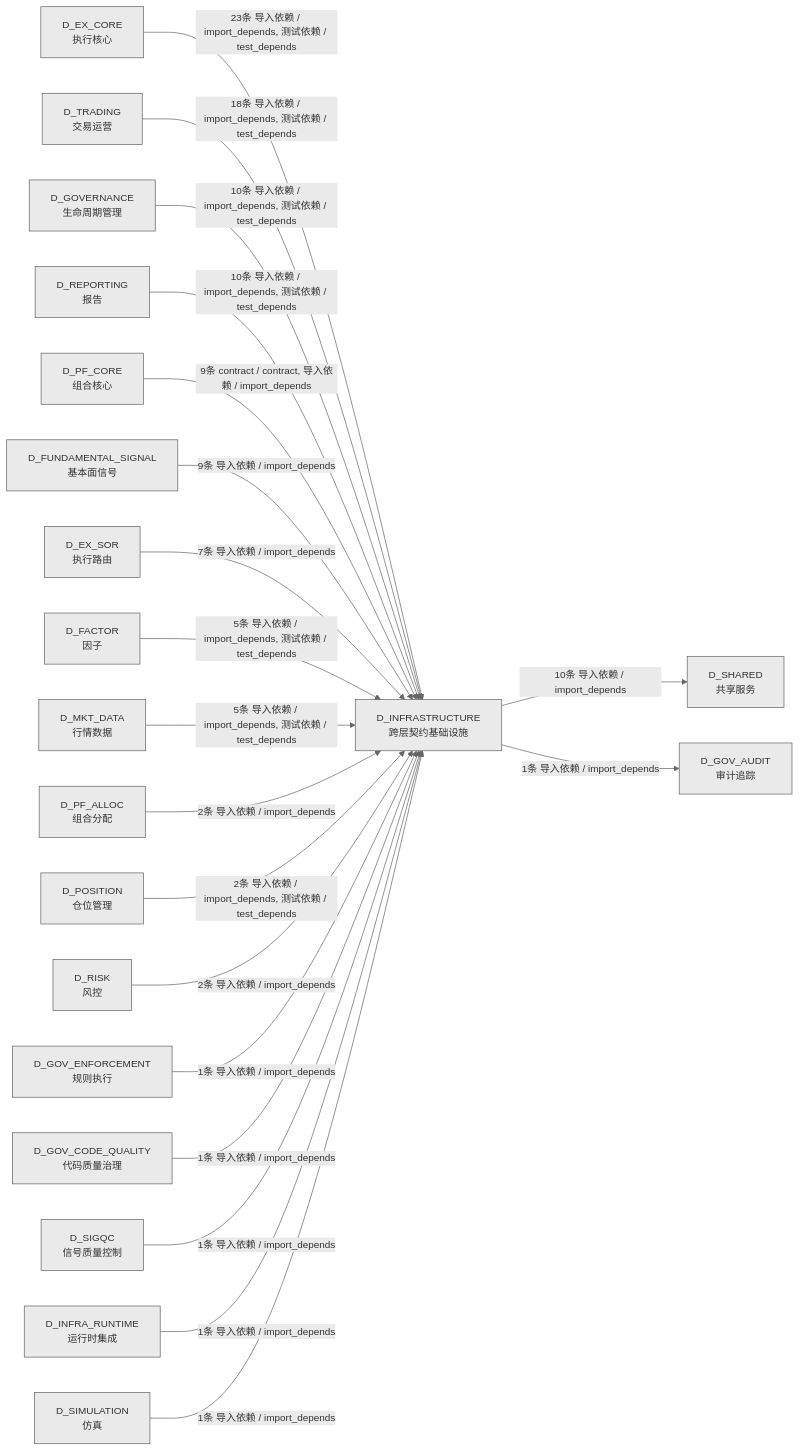
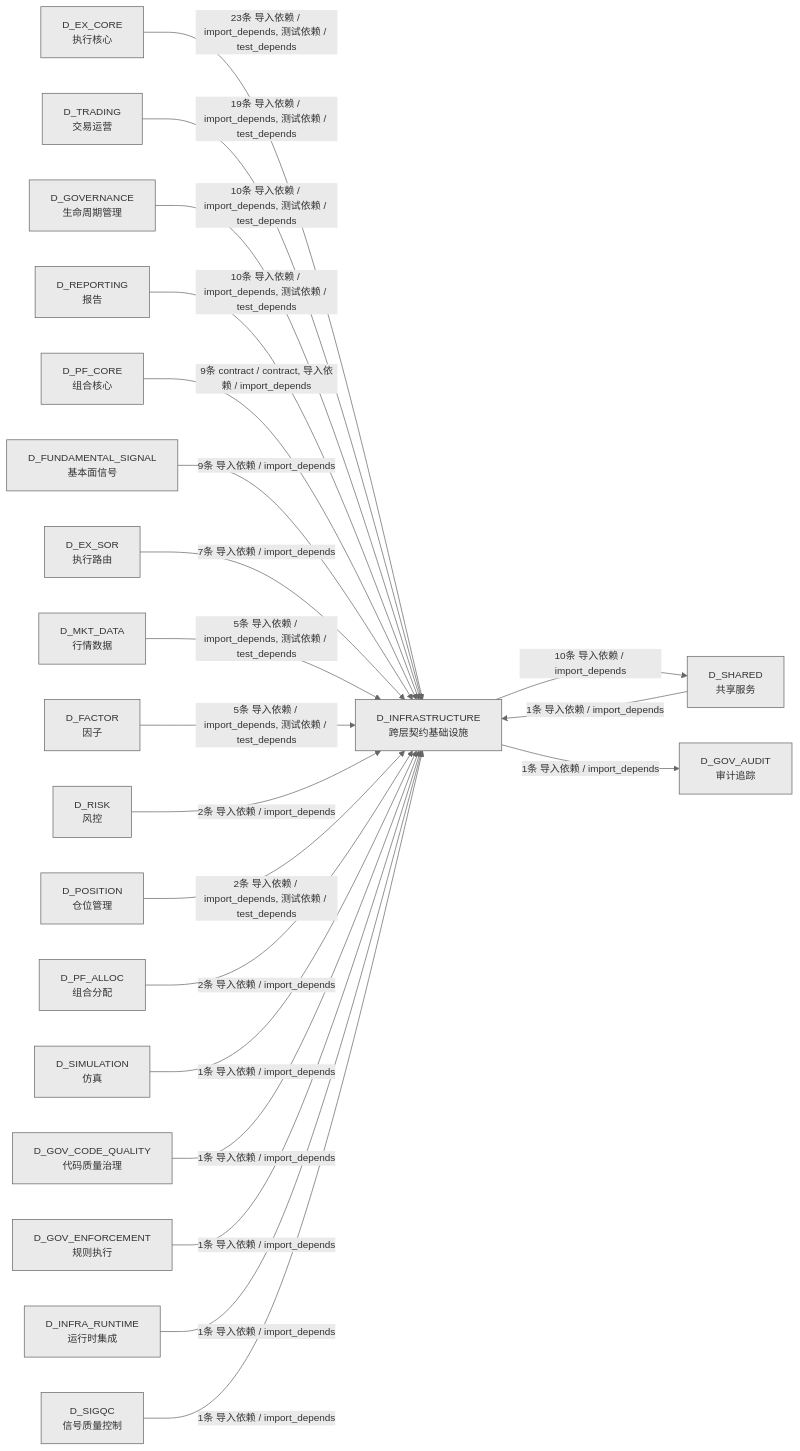
One commit to xuanFelixVan/ZephyrAlpha changed the third of 3 diagrams in docs/02_enterprise_architecture/02_domain_architecture_docs/02_d_infrastructure.md. Above: the diagram before and after it, drawn with Mermaid. The commit also changed other lines of this file and 79 other files, not shown here.

````diff
--- a/docs/02_enterprise_architecture/02_domain_architecture_docs/02_d_infrastructure.md
+++ b/docs/02_enterprise_architecture/02_domain_architecture_docs/02_d_infrastructure.md
@@ -357,43 +359,44 @@
 ```mermaid
 %%{init: {'theme': 'base', 'themeVariables': {'primaryColor': '#eaeaea', 'primaryTextColor': '#333333', 'primaryBorderColor': '#666666', 'lineColor': '#666666', 'secondaryColor': '#eaeaea', 'tertiaryColor': '#eaeaea', 'fontSize': '14px'}}}%%
 graph LR
     D_INFRASTRUCTURE["D_INFRASTRUCTURE<br/>跨层契约基础设施"]
     D_SHARED["D_SHARED<br/>共享服务"]
     D_GOV_AUDIT["D_GOV_AUDIT<br/>审计追踪"]
     D_EX_CORE["D_EX_CORE<br/>执行核心"]
     D_TRADING["D_TRADING<br/>交易运营"]
     D_GOVERNANCE["D_GOVERNANCE<br/>生命周期管理"]
     D_REPORTING["D_REPORTING<br/>报告"]
     D_PF_CORE["D_PF_CORE<br/>组合核心"]
     D_FUNDAMENTAL_SIGNAL["D_FUNDAMENTAL_SIGNAL<br/>基本面信号"]
     D_EX_SOR["D_EX_SOR<br/>执行路由"]
+    D_MKT_DATA["D_MKT_DATA<br/>行情数据"]
     D_FACTOR["D_FACTOR<br/>因子"]
-    D_MKT_DATA["D_MKT_DATA<br/>行情数据"]
+    D_RISK["D_RISK<br/>风控"]
+    D_POSITION["D_POSITION<br/>仓位管理"]
     D_PF_ALLOC["D_PF_ALLOC<br/>组合分配"]
-    D_POSITION["D_POSITION<br/>仓位管理"]
-    D_RISK["D_RISK<br/>风控"]
+    D_SIMULATION["D_SIMULATION<br/>仿真"]
+    D_GOV_CODE_QUALITY["D_GOV_CODE_QUALITY<br/>代码质量治理"]
     D_GOV_ENFORCEMENT["D_GOV_ENFORCEMENT<br/>规则执行"]
-    D_GOV_CODE_QUALITY["D_GOV_CODE_QUALITY<br/>代码质量治理"]
+    D_INFRA_RUNTIME["D_INFRA_RUNTIME<br/>运行时集成"]
     D_SIGQC["D_SIGQC<br/>信号质量控制"]
-    D_INFRA_RUNTIME["D_INFRA_RUNTIME<br/>运行时集成"]
-    D_SIMULATION["D_SIMULATION<br/>仿真"]
     D_INFRASTRUCTURE -->|10条 导入依赖 / import_depends| D_SHARED
     D_INFRASTRUCTURE -->|1条 导入依赖 / import_depends| D_GOV_AUDIT
     D_EX_CORE -->|23条 导入依赖 / import_depends, 测试依赖 / test_depends| D_INFRASTRUCTURE
-    D_TRADING -->|18条 导入依赖 / import_depends, 测试依赖 / test_depends| D_INFRASTRUCTURE
+    D_TRADING -->|19条 导入依赖 / import_depends, 测试依赖 / test_depends| D_INFRASTRUCTURE
     D_GOVERNANCE -->|10条 导入依赖 / import_depends, 测试依赖 / test_depends| D_INFRASTRUCTURE
     D_REPORTING -->|10条 导入依赖 / import_depends, 测试依赖 / test_depends| D_INFRASTRUCTURE
     D_PF_CORE -->|9条 contract / contract, 导入依赖 / import_depends| D_INFRASTRUCTURE
     D_FUNDAMENTAL_SIGNAL -->|9条 导入依赖 / import_depends| D_INFRASTRUCTURE
     D_EX_SOR -->|7条 导入依赖 / import_depends| D_INFRASTRUCTURE
+    D_MKT_DATA -->|5条 导入依赖 / import_depends, 测试依赖 / test_depends| D_INFRASTRUCTURE
     D_FACTOR -->|5条 导入依赖 / import_depends, 测试依赖 / test_depends| D_INFRASTRUCTURE
-    D_MKT_DATA -->|5条 导入依赖 / import_depends, 测试依赖 / test_depends| D_INFRASTRUCTURE
+    D_RISK -->|2条 导入依赖 / import_depends| D_INFRASTRUCTURE
+    D_POSITION -->|2条 导入依赖 / import_depends, 测试依赖 / test_depends| D_INFRASTRUCTURE
     D_PF_ALLOC -->|2条 导入依赖 / import_depends| D_INFRASTRUCTURE
-    D_POSITION -->|2条 导入依赖 / import_depends, 测试依赖 / test_depends| D_INFRASTRUCTURE
-    D_RISK -->|2条 导入依赖 / import_depends| D_INFRASTRUCTURE
+    D_SIMULATION -->|1条 导入依赖 / import_depends| D_INFRASTRUCTURE
+    D_GOV_CODE_QUALITY -->|1条 导入依赖 / import_depends| D_INFRASTRUCTURE
     D_GOV_ENFORCEMENT -->|1条 导入依赖 / import_depends| D_INFRASTRUCTURE
-    D_GOV_CODE_QUALITY -->|1条 导入依赖 / import_depends| D_INFRASTRUCTURE
+    D_INFRA_RUNTIME -->|1条 导入依赖 / import_depends| D_INFRASTRUCTURE
+    D_SHARED -->|1条 导入依赖 / import_depends| D_INFRASTRUCTURE
     D_SIGQC -->|1条 导入依赖 / import_depends| D_INFRASTRUCTURE
-    D_INFRA_RUNTIME -->|1条 导入依赖 / import_depends| D_INFRASTRUCTURE
-    D_SIMULATION -->|1条 导入依赖 / import_depends| D_INFRASTRUCTURE
 ```
````
